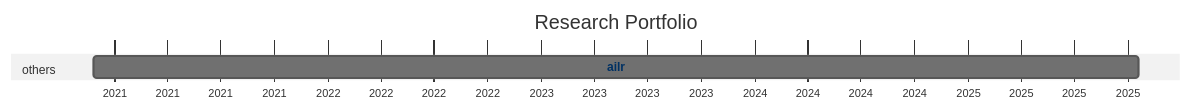
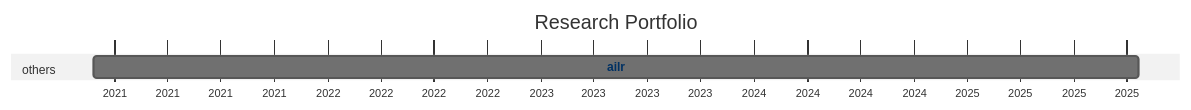
One commit to digital-work-lab/handbook changed the diagram in docs/20-research/25-projects-gantt.md. Above: the diagram before and after it, drawn with Mermaid (neutral theme). The commit also changed 3 other files, not shown here.

````diff
--- a/docs/20-research/25-projects-gantt.md
+++ b/docs/20-research/25-projects-gantt.md
@@ -8,21 +8,21 @@
 ```mermaid
 ---
 displayMode: compact
 ---
 gantt
 title Research Portfolio
 dateFormat YYYY-MM-DD
 axisFormat %Y
 
     section work_practices
 
     section distributed_organizing
 
     section knowledge_synthesis
 
     section others
-        ailr :ailr, 2020-11-26, 2025-10-20
+        ailr :ailr, 2020-11-26, 2025-10-21
 
 
     click ailr href "{{ site.baseurl }}/docs/10-lab/18-resources/ailr.html"
 ```
````
